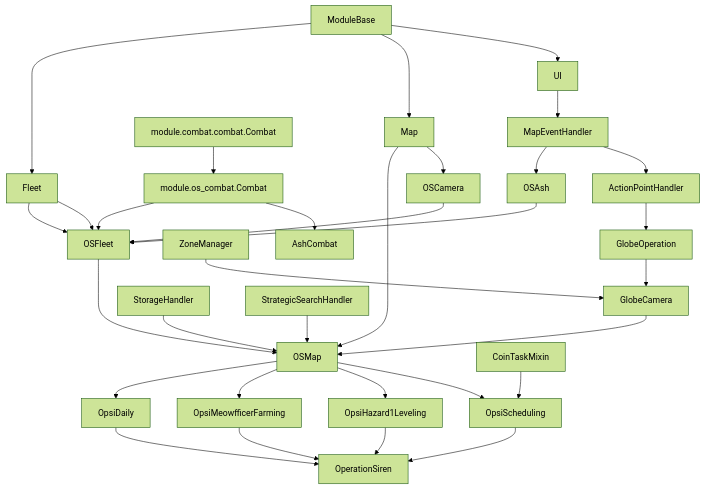
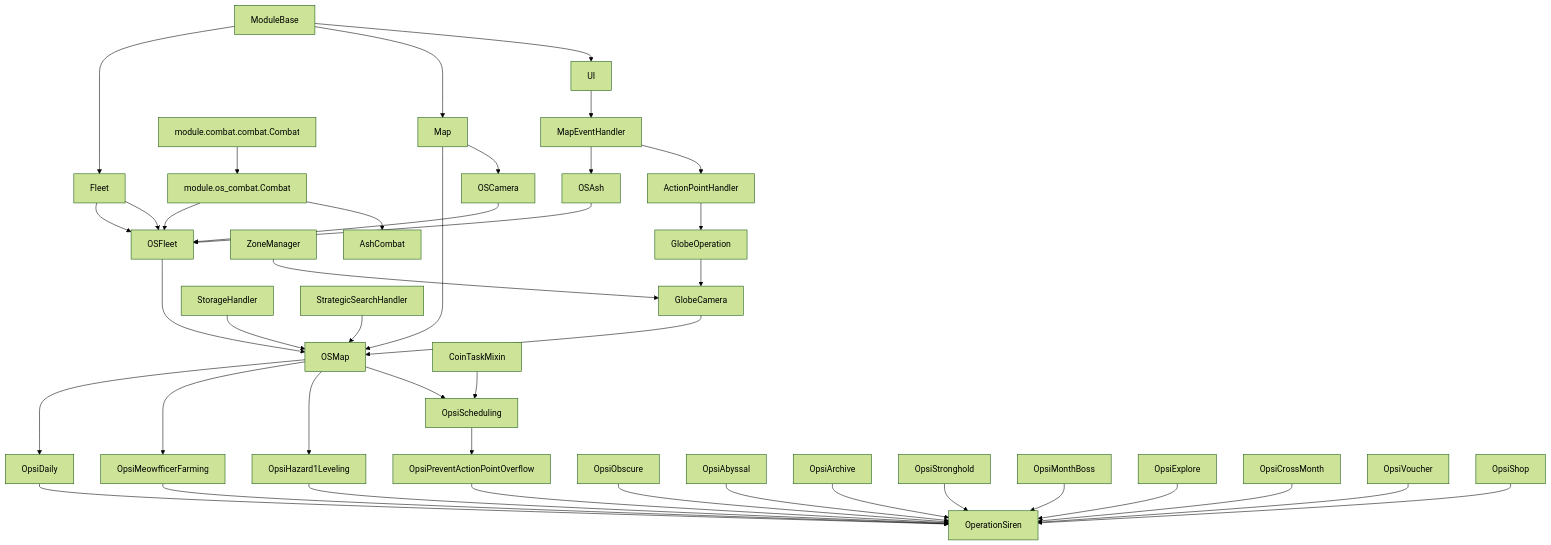
Before and after one commit to nnieie/AzurPilot: the first of 4 diagrams in .agent/OS-SYSTEM.md, drawn with Mermaid (forest theme). The commit also changed other lines of this file and 72 other files, not shown here.

````diff
--- a/.agent/OS-SYSTEM.md
+++ b/.agent/OS-SYSTEM.md
@@ -534,55 +536,65 @@
 ```mermaid
 graph TD
     ModuleBase["ModuleBase"]
     UI["UI"]
     Map["Map"]
     Fleet["Fleet"]
     Combat_["module.combat.combat.Combat"]
     MapEventHandler["MapEventHandler"]
     ActionPointHandler["ActionPointHandler"]
     GlobeOperation["GlobeOperation"]
     GlobeCamera["GlobeCamera"]
     ZoneManager["ZoneManager"]
     OSCamera["OSCamera"]
     OSFleet["OSFleet"]
     OSMap["OSMap"]
     Combat["module.os_combat.Combat"]
     OSAsh["OSAsh"]
     AshCombat["AshCombat"]
     StorageHandler["StorageHandler"]
     StrategicSearchHandler["StrategicSearchHandler"]
     CoinTaskMixin["CoinTaskMixin"]
     OperationSiren["OperationSiren"]
 
     ModuleBase --> UI
     ModuleBase --> Map
     ModuleBase --> Fleet
     UI --> MapEventHandler
     MapEventHandler --> ActionPointHandler
     ActionPointHandler --> GlobeOperation
     GlobeOperation --> GlobeCamera
     ZoneManager --> GlobeCamera
     Map --> OSCamera
     Fleet --> OSFleet
     Combat_ --> Combat
     Combat --> AshCombat
     MapEventHandler --> OSAsh
     OSCamera --> OSFleet
     Combat --> OSFleet
     Fleet --> OSFleet
     OSAsh --> OSFleet
     GlobeCamera --> OSMap
     OSFleet --> OSMap
     Map --> OSMap
     StorageHandler --> OSMap
     StrategicSearchHandler --> OSMap
     CoinTaskMixin --> OpsiScheduling["OpsiScheduling"]
     OSMap --> OpsiScheduling
     OSMap --> OpsiHazard1Leveling["OpsiHazard1Leveling"]
     OSMap --> OpsiMeowfficerFarming["OpsiMeowfficerFarming"]
     OSMap --> OpsiDaily["OpsiDaily"]
-    OpsiScheduling --> OperationSiren
+    OpsiScheduling --> OpsiPreventActionPointOverflow["OpsiPreventActionPointOverflow"]
     OpsiHazard1Leveling --> OperationSiren
     OpsiMeowfficerFarming --> OperationSiren
     OpsiDaily --> OperationSiren
+    OpsiPreventActionPointOverflow --> OperationSiren
+    OpsiObscure --> OperationSiren
+    OpsiAbyssal --> OperationSiren
+    OpsiArchive --> OperationSiren
+    OpsiStronghold --> OperationSiren
+    OpsiMonthBoss --> OperationSiren
+    OpsiExplore --> OperationSiren
+    OpsiCrossMonth --> OperationSiren
+    OpsiVoucher --> OperationSiren
+    OpsiShop --> OperationSiren
 ```
````
